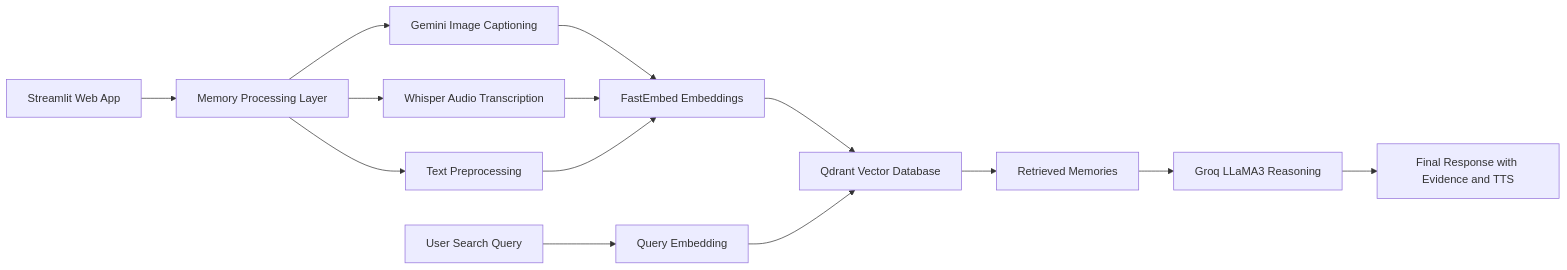
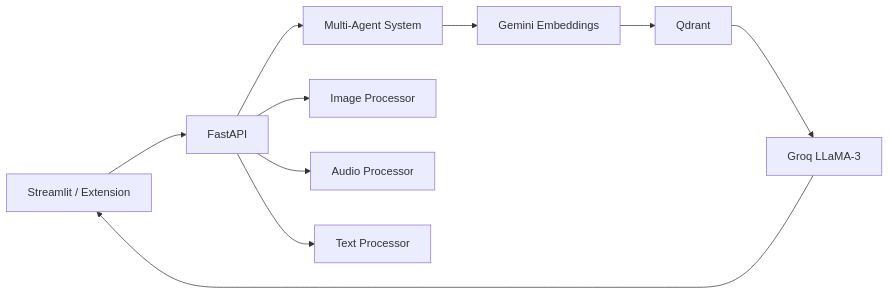
One commit to deepdas2607/LifeLens changed the second of 4 diagrams in README.md. Above: the diagram before and after it, drawn with Mermaid. The commit also changed other lines of this file, not shown here.

````diff
--- a/README.md
+++ b/README.md
@@ -141,22 +180,14 @@
 ```mermaid
 flowchart LR
+UI[Streamlit / Extension] --> API[FastAPI]
+API --> AG[Multi-Agent System]
+AG --> EMB[Gemini Embeddings]
+EMB --> QDR[Qdrant]
 
-UI[Streamlit Web App] --> MP[Memory Processing Layer]
+API --> IMG[Image Processor]
+API --> AUD[Audio Processor]
+API --> TXT[Text Processor]
 
-MP --> IMG[Gemini Image Captioning]
-MP --> AUD[Whisper Audio Transcription]
-MP --> TXT[Text Preprocessing]
-
-IMG --> EMB[FastEmbed Embeddings]
-AUD --> EMB
-TXT --> EMB
-
-EMB --> QDR[Qdrant Vector Database]
-
-SRCH[User Search Query] --> QEMB[Query Embedding]
-QEMB --> QDR
-QDR --> RES[Retrieved Memories]
-
-RES --> LLM[Groq LLaMA3 Reasoning]
-LLM --> OUT[Final Response with Evidence and TTS]
+QDR --> LLM[Groq LLaMA-3]
+LLM --> UI
 ```
````
